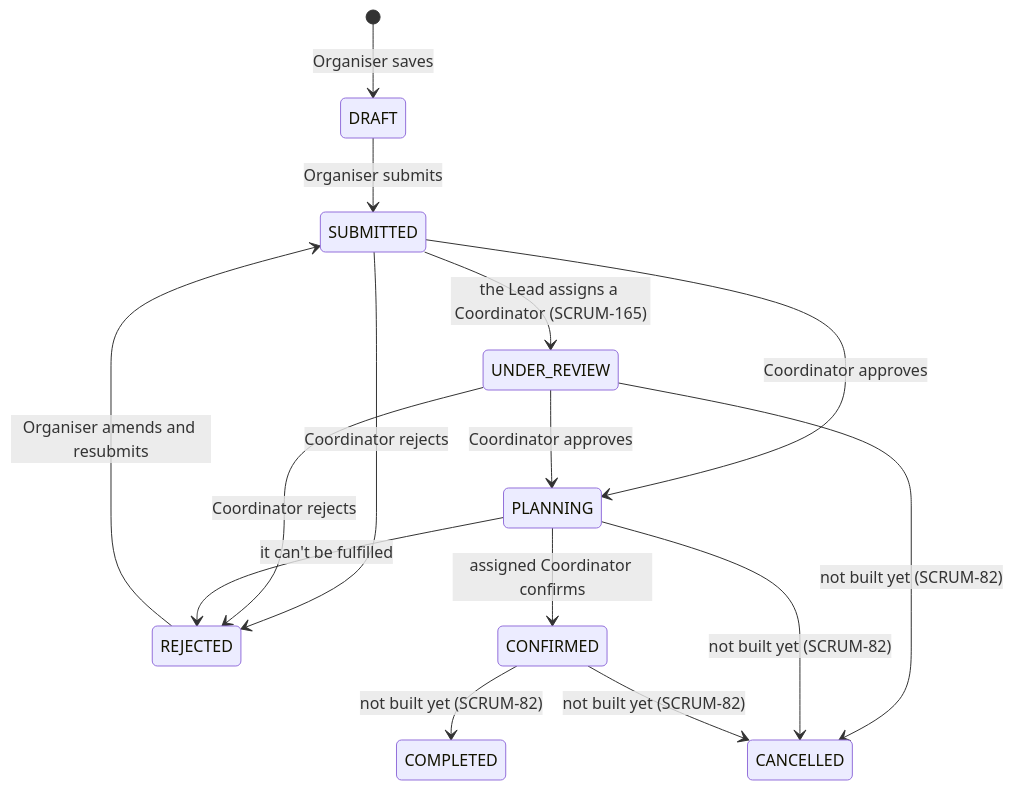
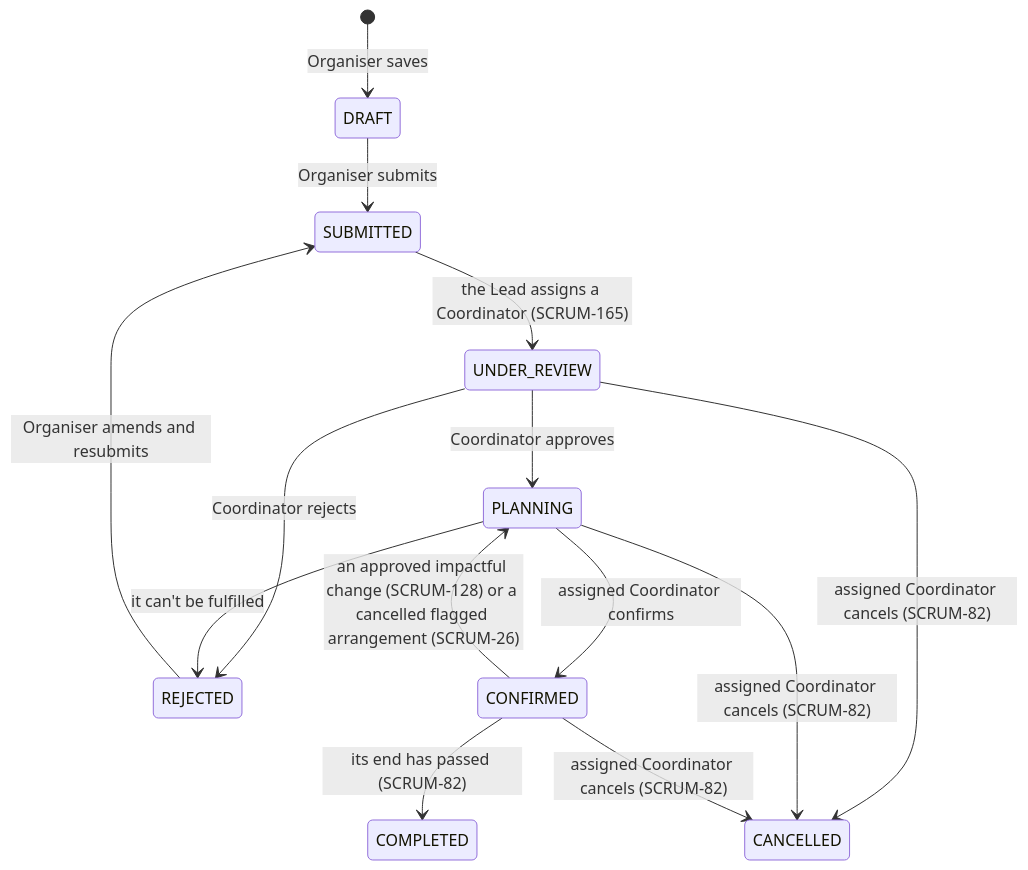
Before and after one commit to Oihwbba/SPM-Group7-ConnectSphere: the diagram in docs/product-context.md, drawn with Mermaid. The commit also changed other lines of this file and 11 other files, not shown here.

First line of the commit message:
SCRUM-203 bring notes that say a built feature isn't built up to date

````diff
--- a/docs/product-context.md
+++ b/docs/product-context.md
@@ -59,17 +59,16 @@
 ```mermaid
 stateDiagram-v2
     [*] --> DRAFT: Organiser saves
     DRAFT --> SUBMITTED: Organiser submits
     SUBMITTED --> UNDER_REVIEW: the Lead assigns a Coordinator (SCRUM-165)
-    SUBMITTED --> PLANNING: Coordinator approves
     UNDER_REVIEW --> PLANNING: Coordinator approves
-    SUBMITTED --> REJECTED: Coordinator rejects
     UNDER_REVIEW --> REJECTED: Coordinator rejects
     REJECTED --> SUBMITTED: Organiser amends and resubmits
     PLANNING --> CONFIRMED: assigned Coordinator confirms
     PLANNING --> REJECTED: it can't be fulfilled
-    CONFIRMED --> COMPLETED: not built yet (SCRUM-82)
-    UNDER_REVIEW --> CANCELLED: not built yet (SCRUM-82)
-    PLANNING --> CANCELLED: not built yet (SCRUM-82)
-    CONFIRMED --> CANCELLED: not built yet (SCRUM-82)
+    CONFIRMED --> PLANNING: an approved impactful change (SCRUM-128) or a cancelled flagged arrangement (SCRUM-26)
+    CONFIRMED --> COMPLETED: its end has passed (SCRUM-82)
+    UNDER_REVIEW --> CANCELLED: assigned Coordinator cancels (SCRUM-82)
+    PLANNING --> CANCELLED: assigned Coordinator cancels (SCRUM-82)
+    CONFIRMED --> CANCELLED: assigned Coordinator cancels (SCRUM-82)
 ```
````
